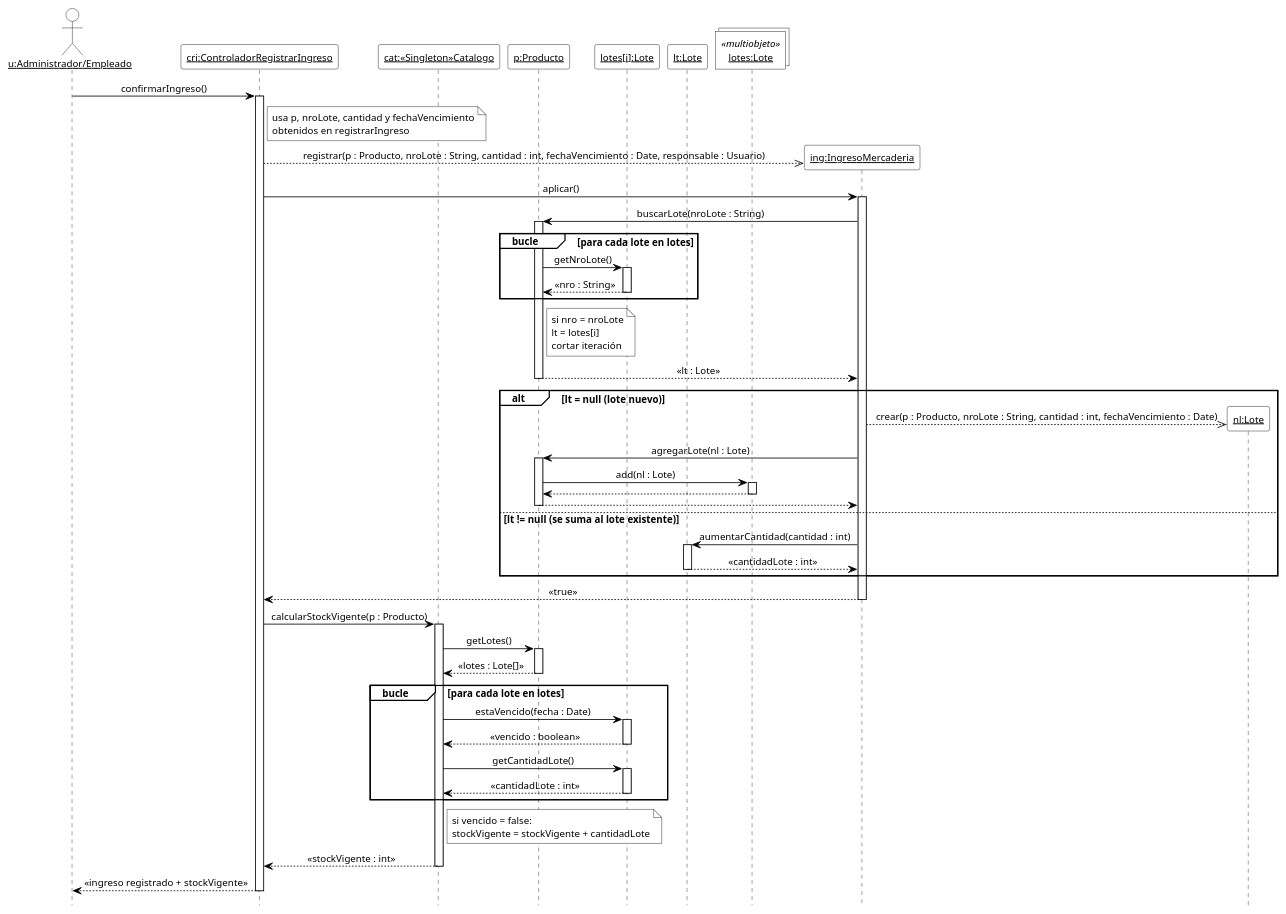
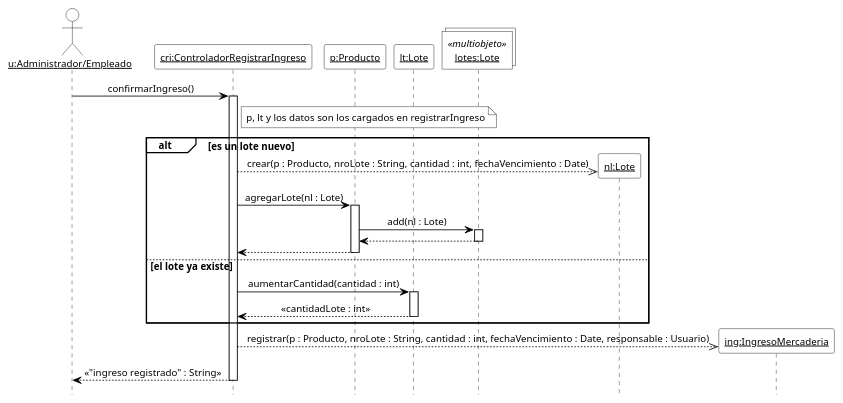
Diagram 11 of 18 in 08-Diagrama De Secuencia/Diagramas_de_Secuencia.md (cirotop/Stock-Project), drawn with PlantUML before and after one commit. The commit also changed other lines of this file and 22 other files, not shown here.

````diff
--- a/08-Diagrama De Secuencia/Diagramas_de_Secuencia.md
+++ b/08-Diagrama De Secuencia/Diagramas_de_Secuencia.md
@@ -738,75 +743,49 @@
 ```plantuml
 @startuml DSD_CU-05_confirmarIngreso
 ' Diagrama de Secuencia de Diseño (DSD) - CU-05 Registrar ingreso de mercadería - confirmarIngreso
 ' Estilo de los ejemplos de la teoría (introducirArticulo / crearNuevaVenta).
 hide footbox
 skinparam shadowing false
 skinparam defaultFontName Arial
 skinparam defaultFontSize 12
 skinparam sequenceMessageAlign center
 skinparam ArrowColor black
 skinparam ParticipantBackgroundColor white
 skinparam ParticipantBorderColor black
 skinparam CollectionsBackgroundColor white
 skinparam CollectionsBorderColor black
 skinparam ActorBackgroundColor white
 skinparam ActorBorderColor black
 skinparam LifeLineBorderColor black
 skinparam LifeLineBackgroundColor white
 skinparam SequenceGroupBackgroundColor white
 skinparam SequenceGroupBorderColor black
 skinparam SequenceGroupHeaderFontColor black
 skinparam NoteBackgroundColor white
 skinparam NoteBorderColor black
 
 actor "<u>u:Administrador/Empleado</u>" as u
 participant "<u>cri:ControladorRegistrarIngreso</u>" as cri
-participant "<u>cat:«Singleton»Catalogo</u>" as cat
 participant "<u>p:Producto</u>" as p
-participant "<u>lotes[i]:Lote</u>" as li
 participant "<u>lt:Lote</u>" as lt
 collections "<u>lotes:Lote</u>" as ml <<multiobjeto>>
 
 u -> cri ++ : confirmarIngreso()
-note right of cri : usa p, nroLote, cantidad y fechaVencimiento\nobtenidos en registrarIngreso
+note right of cri : p, lt y los datos son los cargados en registrarIngreso
+alt es un lote nuevo
+  create participant "<u>nl:Lote</u>" as nl
+  cri -->> nl : crear(p : Producto, nroLote : String, cantidad : int, fechaVencimiento : Date)
+  cri -> p ++ : agregarLote(nl : Lote)
+  p -> ml ++ : add(nl : Lote)
+  ml --> p --
+  p --> cri --
+else el lote ya existe
+  cri -> lt ++ : aumentarCantidad(cantidad : int)
+  lt --> cri -- : «cantidadLote : int»
+end
 create participant "<u>ing:IngresoMercaderia</u>" as ing
 cri -->> ing : registrar(p : Producto, nroLote : String, cantidad : int, fechaVencimiento : Date, responsable : Usuario)
-cri -> ing ++ : aplicar()
-ing -> p ++ : buscarLote(nroLote : String)
-group bucle [para cada lote en lotes]
-  p -> li ++ : getNroLote()
-  li --> p -- : «nro : String»
-end
-note right of p
-  si nro = nroLote
-  lt = lotes[i]
-  cortar iteración
-end note
-p --> ing -- : «lt : Lote»
-alt lt = null (lote nuevo)
-  create participant "<u>nl:Lote</u>" as nl
-  ing -->> nl : crear(p : Producto, nroLote : String, cantidad : int, fechaVencimiento : Date)
-  ing -> p ++ : agregarLote(nl : Lote)
-  p -> ml ++ : add(nl : Lote)
-  ml --> p --
-  p --> ing --
-else lt != null (se suma al lote existente)
-  ing -> lt ++ : aumentarCantidad(cantidad : int)
-  lt --> ing -- : «cantidadLote : int»
-end
-ing --> cri -- : «true»
-cri -> cat ++ : calcularStockVigente(p : Producto)
-cat -> p ++ : getLotes()
-p --> cat -- : «lotes : Lote[]»
-group bucle [para cada lote en lotes]
-  cat -> li ++ : estaVencido(fecha : Date)
-  li --> cat -- : «vencido : boolean»
-  cat -> li ++ : getCantidadLote()
-  li --> cat -- : «cantidadLote : int»
-end
-note right of cat : si vencido = false:\nstockVigente = stockVigente + cantidadLote
-cat --> cri -- : «stockVigente : int»
-cri --> u -- : «ingreso registrado + stockVigente»
+cri --> u -- : «"ingreso registrado" : String»
 
 @enduml
 ```
````
